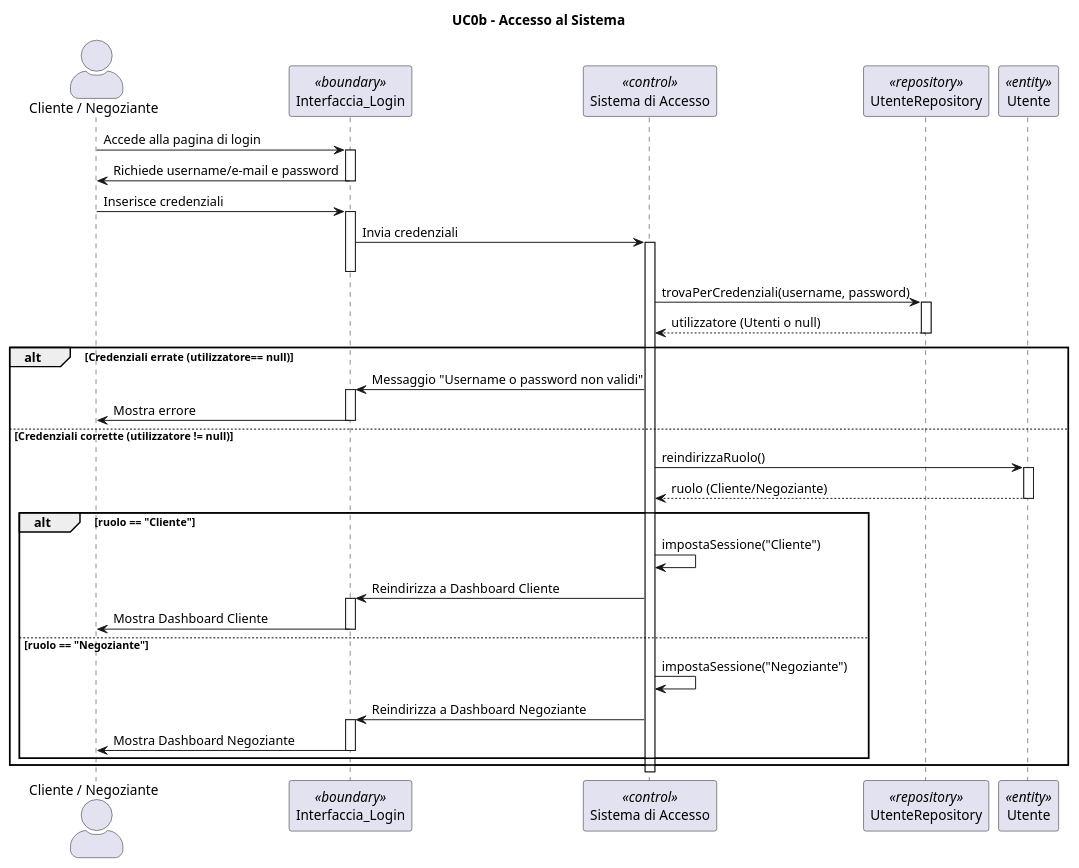
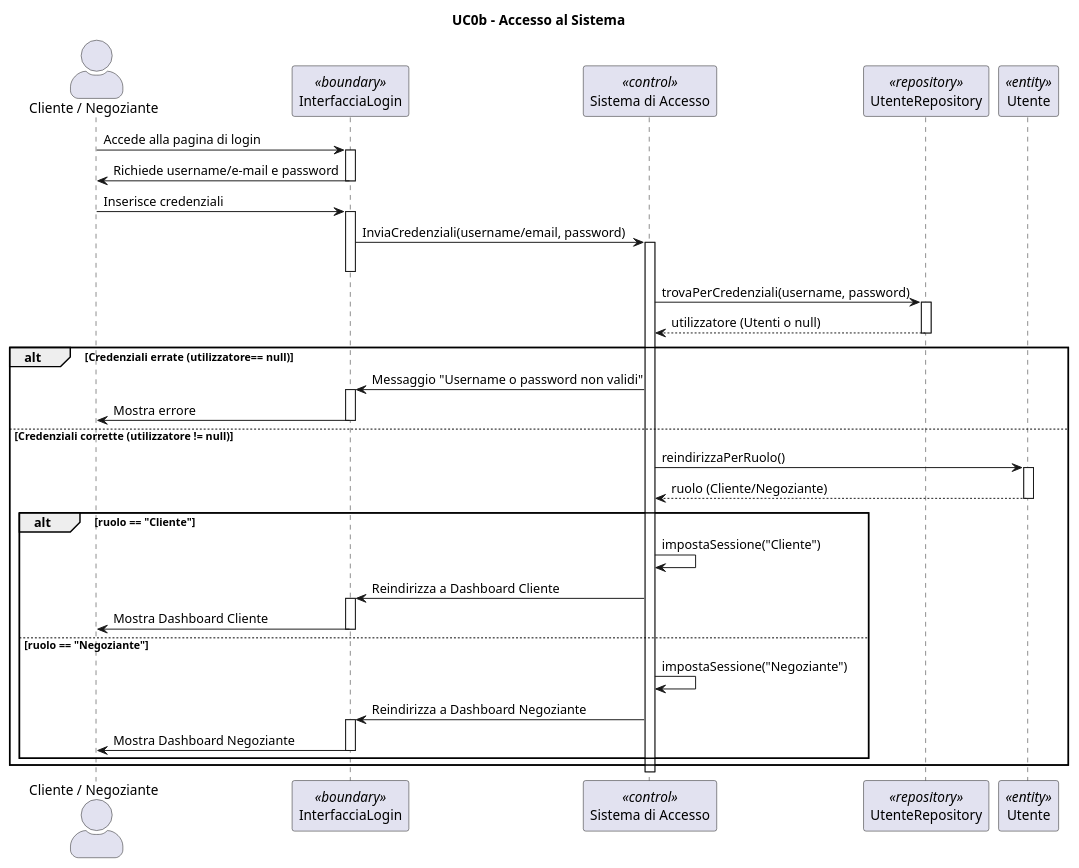
Before and after one commit to Samepsilon/FloWare: the diagram in diagrammiUML/diagrammi di sequenza/UC0b_Accedere_Utente.puml, drawn with PlantUML. The commit also changed 6 other files, not shown here.

```diff
--- a/diagrammiUML/diagrammi di sequenza/UC0b_Accedere_Utente.puml
+++ b/diagrammiUML/diagrammi di sequenza/UC0b_Accedere_Utente.puml
@@ -1,56 +1,56 @@
 @startuml
 title UC0b - Accesso al Sistema
 skinparam actorStyle awesome
 actor "Cliente / Negoziante" as Utenti
-participant "Interfaccia_Login" <<boundary>>
+participant "InterfacciaLogin" <<boundary>>
 participant "Sistema di Accesso" as Sistema <<control>>
 participant "UtenteRepository" as Repo <<repository>>
 participant "Utente" <<entity>> 
 
-Utenti -> Interfaccia_Login : Accede alla pagina di login
-activate Interfaccia_Login
-Interfaccia_Login -> Utenti : Richiede username/e-mail e password
-deactivate Interfaccia_Login
+Utenti -> InterfacciaLogin : Accede alla pagina di login
+activate InterfacciaLogin
+InterfacciaLogin -> Utenti : Richiede username/e-mail e password
+deactivate InterfacciaLogin
 
-Utenti -> Interfaccia_Login : Inserisce credenziali
-activate Interfaccia_Login
-Interfaccia_Login -> Sistema : Invia credenziali
+Utenti -> InterfacciaLogin : Inserisce credenziali
+activate InterfacciaLogin
+InterfacciaLogin -> Sistema : InviaCredenziali(username/email, password)
 activate Sistema
-deactivate Interfaccia_Login
+deactivate InterfacciaLogin
 
 
 Sistema -> Repo : trovaPerCredenziali(username, password)
 activate Repo
 Repo --> Sistema : utilizzatore (Utenti o null)
 deactivate Repo
 
 alt Credenziali errate (utilizzatore== null)
-    Sistema -> Interfaccia_Login : Messaggio "Username o password non validi"
-    activate Interfaccia_Login
-    Interfaccia_Login -> Utenti : Mostra errore
-    deactivate Interfaccia_Login
+    Sistema -> InterfacciaLogin : Messaggio "Username o password non validi"
+    activate InterfacciaLogin
+    InterfacciaLogin -> Utenti : Mostra errore
+    deactivate InterfacciaLogin
 else Credenziali corrette (utilizzatore != null)
     
     
-    Sistema -> Utente : reindirizzaRuolo()
+    Sistema -> Utente : reindirizzaPerRuolo()
     activate Utente
     Utente --> Sistema : ruolo (Cliente/Negoziante)
     deactivate Utente
 
     alt ruolo == "Cliente"
         Sistema -> Sistema : impostaSessione("Cliente")
-        Sistema -> Interfaccia_Login : Reindirizza a Dashboard Cliente
-        activate Interfaccia_Login
-        Interfaccia_Login -> Utenti : Mostra Dashboard Cliente
-        deactivate Interfaccia_Login
+        Sistema -> InterfacciaLogin : Reindirizza a Dashboard Cliente
+        activate InterfacciaLogin
+        InterfacciaLogin -> Utenti : Mostra Dashboard Cliente
+        deactivate InterfacciaLogin
     else ruolo == "Negoziante"
         Sistema -> Sistema : impostaSessione("Negoziante")
-        Sistema -> Interfaccia_Login : Reindirizza a Dashboard Negoziante
-        activate Interfaccia_Login
-        Interfaccia_Login -> Utenti : Mostra Dashboard Negoziante
-        deactivate Interfaccia_Login
+        Sistema -> InterfacciaLogin : Reindirizza a Dashboard Negoziante
+        activate InterfacciaLogin
+        InterfacciaLogin -> Utenti : Mostra Dashboard Negoziante
+        deactivate InterfacciaLogin
     end
 end
 
 deactivate Sistema
 @enduml
```
